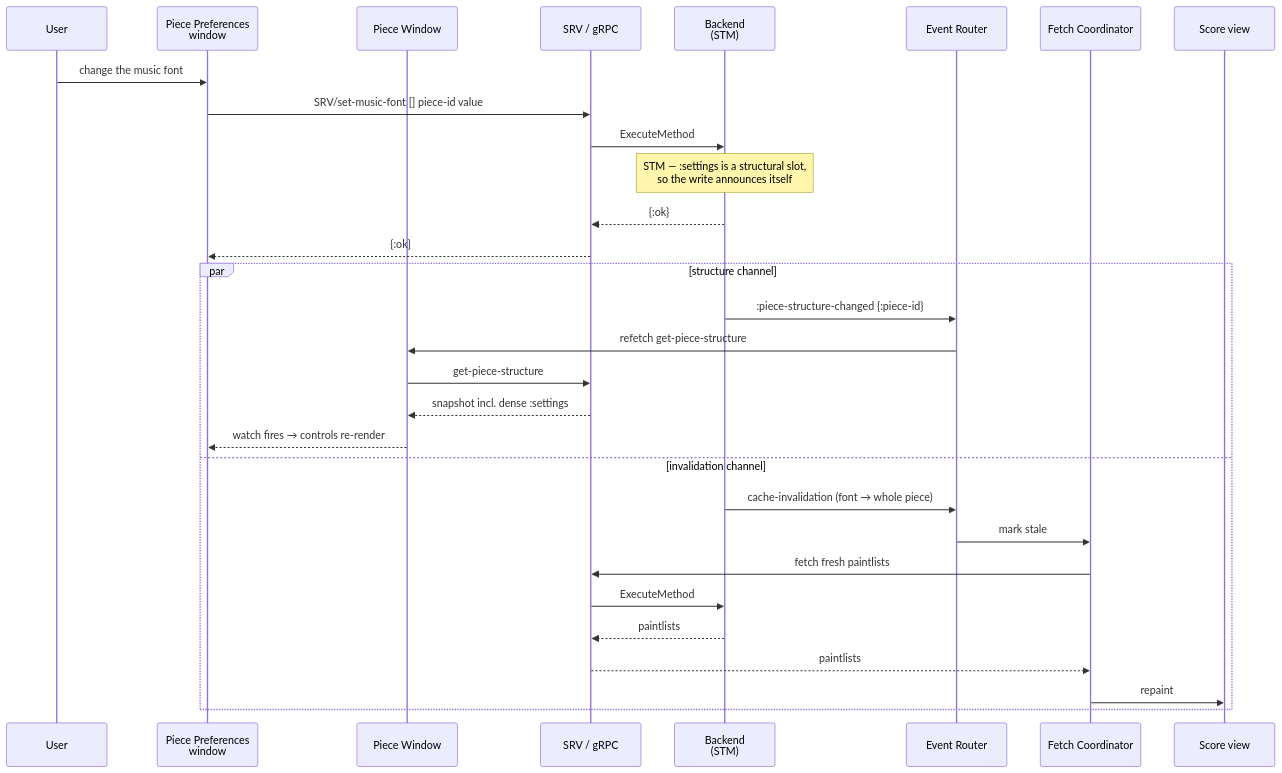
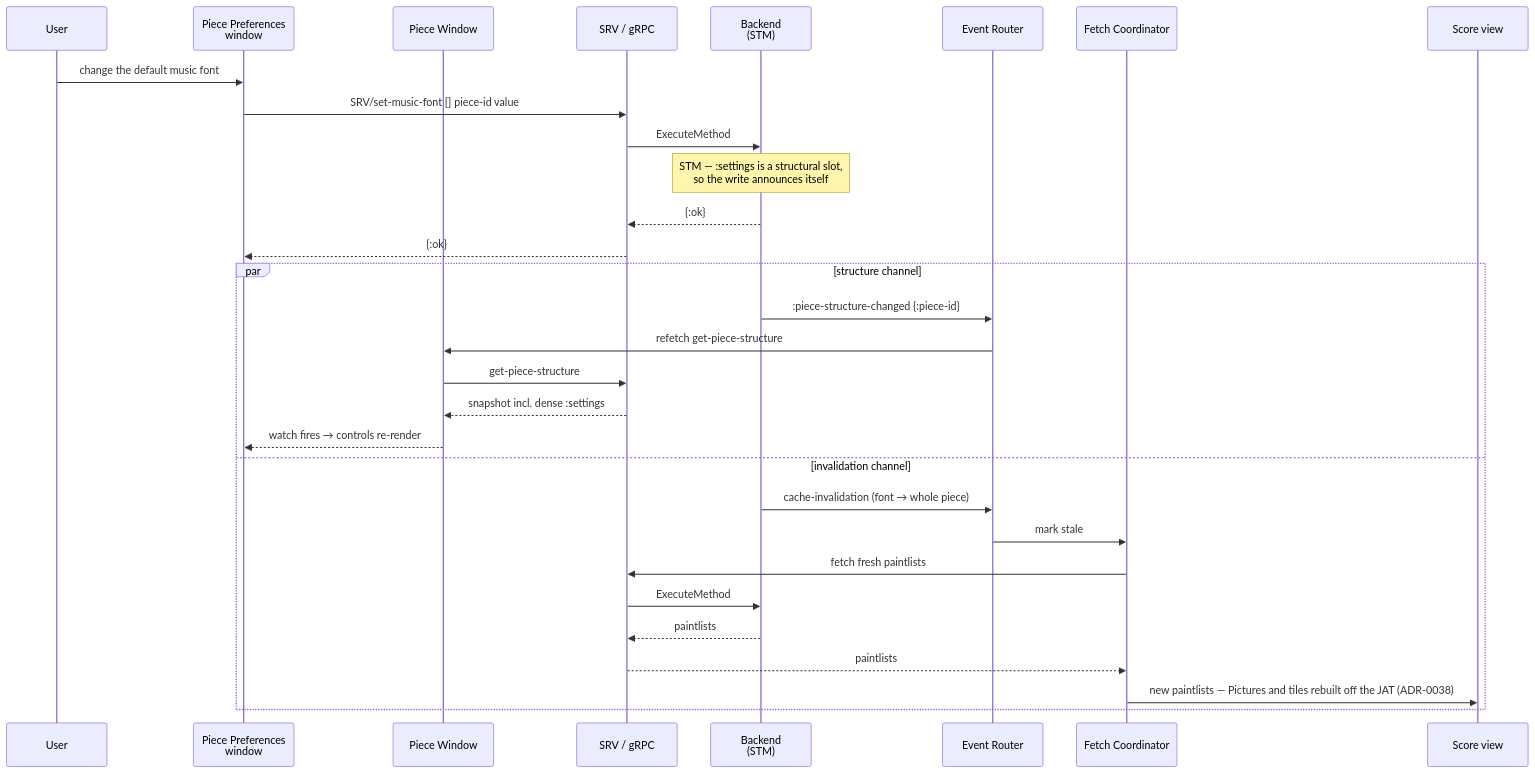
Before and after one commit to PeterBengtson/Ooloi-docs: the second of 2 diagrams in ADRs/0053-Piece-Window-and-Piece-Preferences.md, drawn with Mermaid. The commit also changed other lines of this file and 15 other files, not shown here.

````diff
--- a/ADRs/0053-Piece-Window-and-Piece-Preferences.md
+++ b/ADRs/0053-Piece-Window-and-Piece-Preferences.md
@@ -358,33 +358,33 @@
 ```mermaid
 sequenceDiagram
     participant U as User
     participant PP as Piece Preferences<br/>window
     participant PW as Piece Window
     participant SRV as SRV / gRPC
     participant BE as Backend<br/>(STM)
     participant ER as Event Router
     participant FC as Fetch Coordinator
     participant SC as Score view
 
-    U->>PP: change the music font
+    U->>PP: change the default music font
     PP->>SRV: SRV/set-music-font [] piece-id value
     SRV->>BE: ExecuteMethod
     Note over BE: STM — :settings is a structural slot,<br/>so the write announces itself
     BE-->>SRV: {:ok}
     SRV-->>PP: {:ok}
     par structure channel
         BE->>ER: :piece-structure-changed {:piece-id}
         ER->>PW: refetch get-piece-structure
         PW->>SRV: get-piece-structure
         SRV-->>PW: snapshot incl. dense :settings
         PW-->>PP: watch fires → controls re-render
     and invalidation channel
         BE->>ER: cache-invalidation (font → whole piece)
         ER->>FC: mark stale
         FC->>SRV: fetch fresh paintlists
         SRV->>BE: ExecuteMethod
         BE-->>SRV: paintlists
         SRV-->>FC: paintlists
-        FC->>SC: repaint
+        FC->>SC: new paintlists — Pictures and tiles rebuilt off the JAT (ADR-0038)
     end
 ```
````
